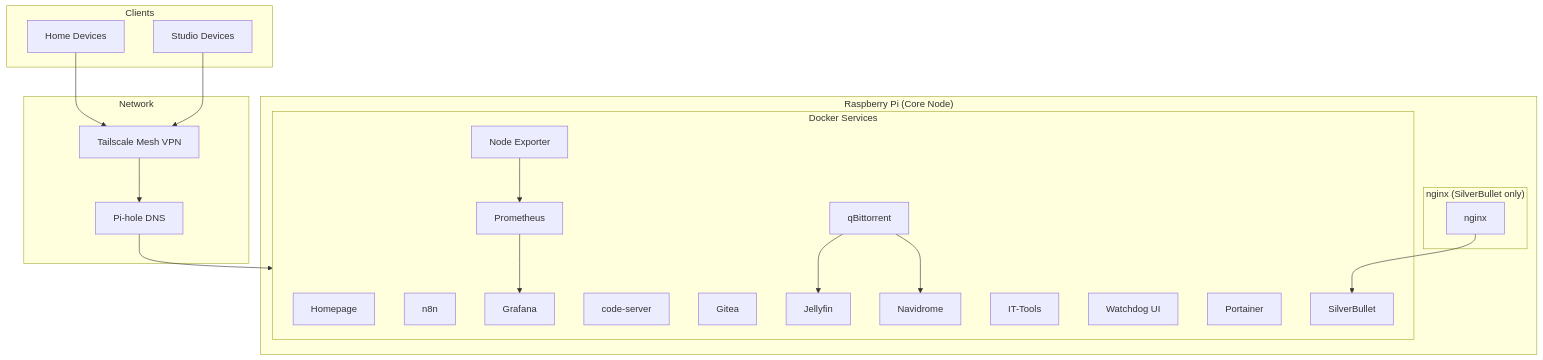
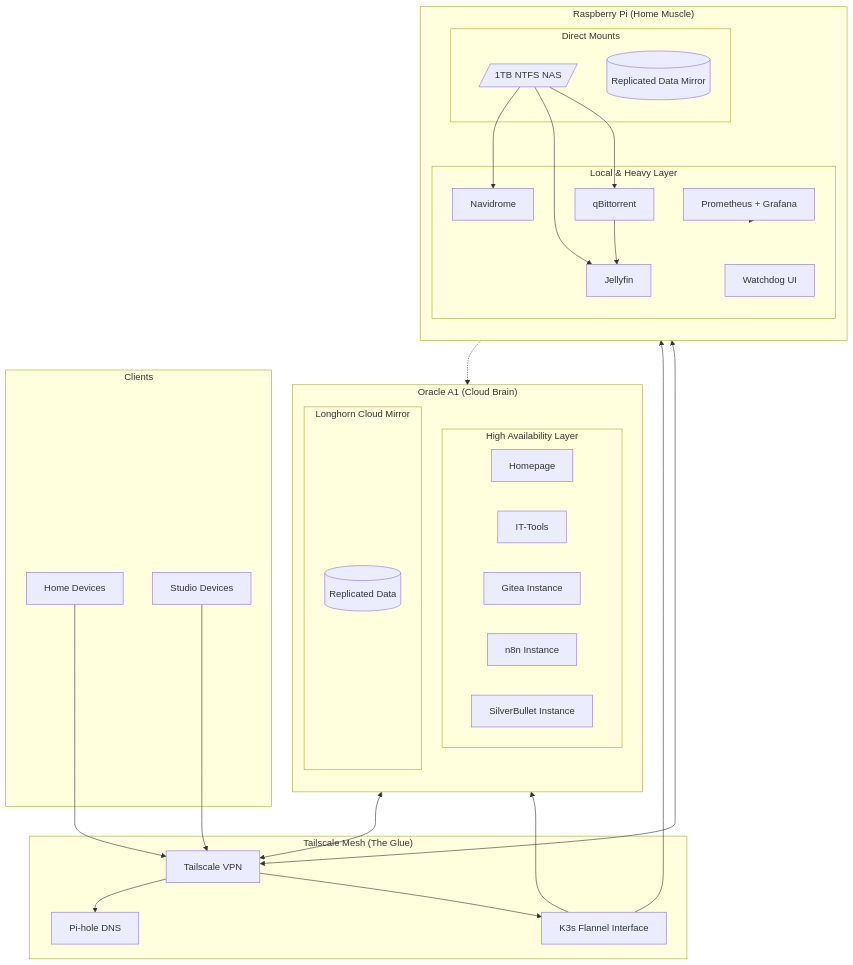
The second of 2 diagrams in README.md (MKMithun2806/MKMithun2806), drawn with Mermaid before and after one commit.

````diff
--- a/README.md
+++ b/README.md
@@ -189,50 +189,65 @@
 ```mermaid
 flowchart TB
 
 subgraph Clients
     A[Home Devices]
     B[Studio Devices]
 end
 
-subgraph Network
-    TS[Tailscale Mesh VPN]
+subgraph Network_Fabric["Tailscale Mesh (The Glue)"]
+    TS[Tailscale VPN]
+    K3S_NET[K3s Flannel Interface]
     DNS[Pi-hole DNS]
 end
 
 A --> TS
 B --> TS
 TS --> DNS
 
-subgraph Raspberry_Pi["Raspberry Pi (Core Node)"]
+subgraph Oracle_Cloud["Oracle A1 (Cloud Brain)"]
+    direction TB
+    subgraph CLOUD_SERVICES[High Availability Layer]
+        HOMEPAGE[Homepage]
+        IT[IT-Tools]
+        GITEA_C[Gitea Instance]
+        N8N_C[n8n Instance]
+        SB_C[SilverBullet Instance]
+    end
+    
+    subgraph CLOUD_STORAGE[Longhorn Cloud Mirror]
+        SYNC_DATA[(Replicated Data)]
+    end
+end
 
-    DNS --> SERVICES
-
-    subgraph SERVICES[Docker Services]
-        HOMEPAGE[Homepage]
-        N8N[n8n]
-        GRAF[Grafana]
-        PROM[Prometheus]
-        NODE[Node Exporter]
-        CODE[code-server]
-        GITEA[Gitea]
+subgraph Raspberry_Pi["Raspberry Pi (Home Muscle)"]
+    direction TB
+    subgraph HOME_SERVICES[Local & Heavy Layer]
         JELLY[Jellyfin]
         NAVI[Navidrome]
         QBIT[qBittorrent]
-        IT[IT-Tools]
         WATCHDOG[Watchdog UI]
-        PORTAINER[Portainer]
-        SB[SilverBullet]
+        PRO_STACK[Prometheus + Grafana]
     end
 
-    subgraph Reverse_Proxy["nginx (SilverBullet only)"]
-        NGINX[nginx]
+    subgraph LOCAL_STORAGE[Direct Mounts]
+        NAS[/1TB NTFS NAS/]
+        SYNC_PI[(Replicated Data Mirror)]
     end
-
-    NGINX --> SB
 end
 
-PROM --> GRAF
-NODE --> PROM
+%% Connections
+TS --> K3S_NET
+K3S_NET --> CLOUD_SERVICES
+K3S_NET --> HOME_SERVICES
+
+%% Storage Mapping
+NAS --> JELLY
+NAS --> NAVI
+NAS --> QBIT
+SYNC_DATA <--> TS <--> SYNC_PI
+
+%% Logic
+PRO_STACK -.-> CLOUD_SERVICES
+PRO_STACK -.-> HOME_SERVICES
 QBIT --> JELLY
-QBIT --> NAVI
 ```
````
